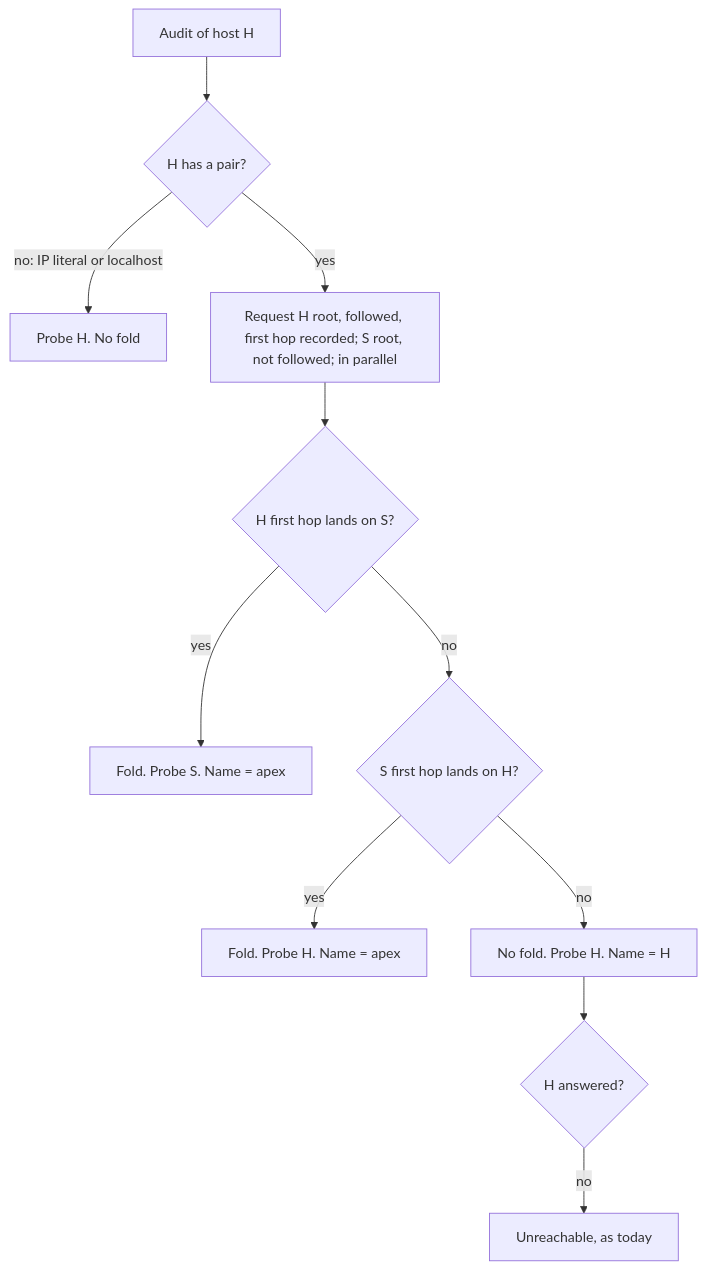
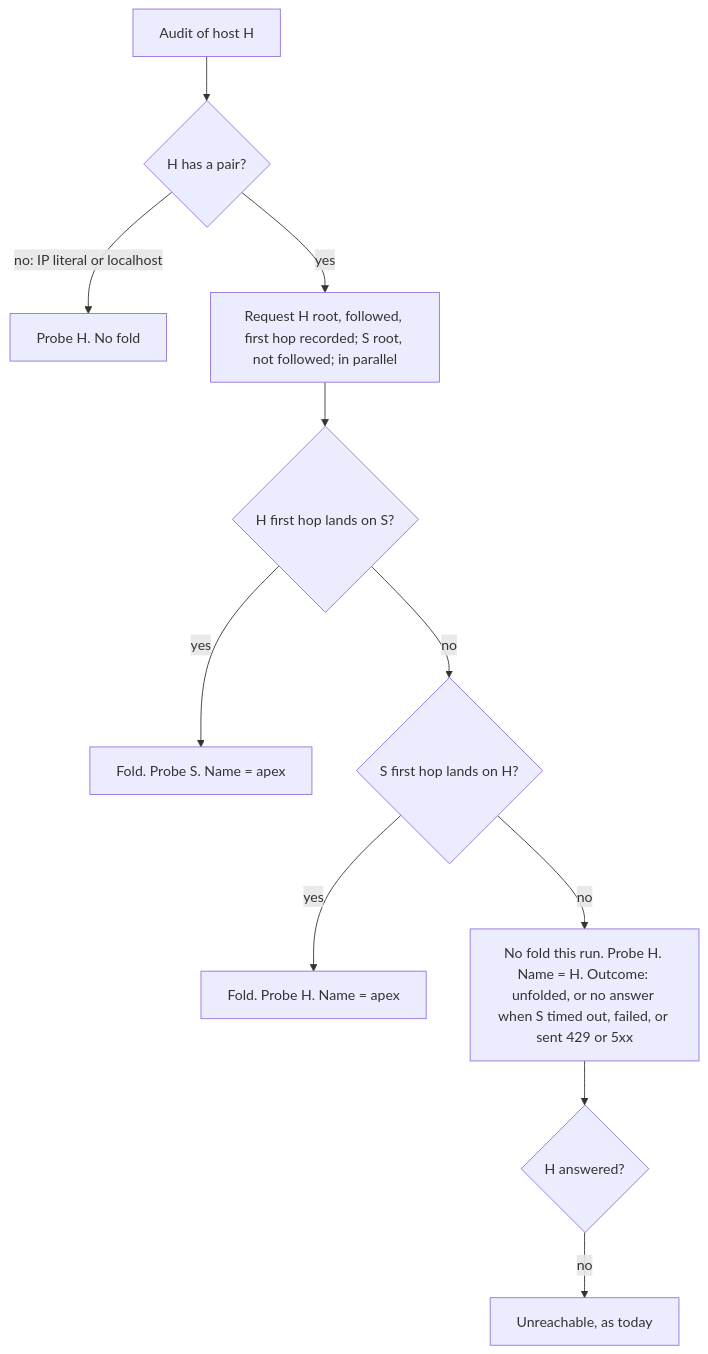
One commit to brettdavies/agentnative-site changed the first of 2 diagrams in docs/plans/2026-11-10-1608-feat-www-apex-site-fold-plan.md. Above: the diagram before and after it, drawn with Mermaid. The commit also changed other lines of this file, not shown here.

First line of the commit message:
docs(plans): keep a recorded fold when the www sibling gives no answer

````diff
--- a/docs/plans/2026-11-10-1608-feat-www-apex-site-fold-plan.md
+++ b/docs/plans/2026-11-10-1608-feat-www-apex-site-fold-plan.md
@@ -140,13 +146,13 @@
 ```mermaid
 flowchart TB
   A[Audit of host H] --> P{H has a pair?}
   P -->|no: IP literal or localhost| N[Probe H. No fold]
   P -->|yes| R[Request H root, followed, first hop recorded; S root, not followed; in parallel]
   R --> X{H first hop lands on S?}
   X -->|yes| F1[Fold. Probe S. Name = apex]
   X -->|no| Y{S first hop lands on H?}
   Y -->|yes| F2[Fold. Probe H. Name = apex]
-  Y -->|no| U[No fold. Probe H. Name = H]
+  Y -->|no| U[No fold this run. Probe H. Name = H. Outcome: unfolded, or no answer when S timed out, failed, or sent 429 or 5xx]
   U --> Z{H answered?}
   Z -->|no| UR[Unreachable, as today]
 ```
````
